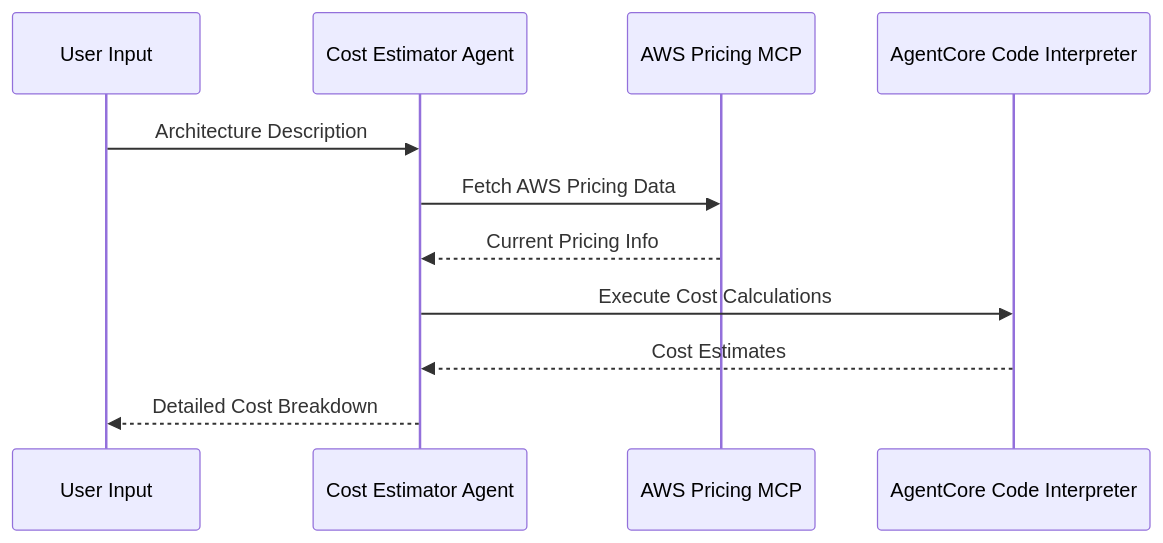
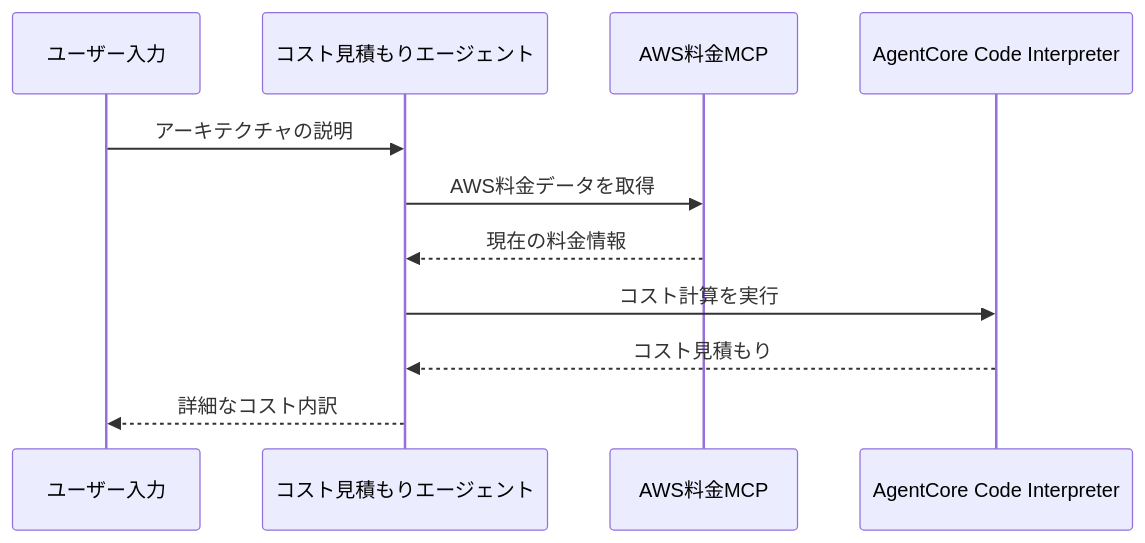
One commit to tetsuo-nobe/sample-amazon-bedrock-agentcore-jp changed the diagram in 01_code_interpreter/README.md. Above: the diagram before and after it, drawn with Mermaid. The commit also changed other lines of this file and 17 other files, not shown here.

````diff
--- a/01_code_interpreter/README.md
+++ b/01_code_interpreter/README.md
@@ -9,14 +9,14 @@
 ```mermaid
 sequenceDiagram
-    participant User as User Input
-    participant Agent as Cost Estimator Agent
-    participant MCP as AWS Pricing MCP
+    participant User as ユーザー入力
+    participant Agent as コスト見積もりエージェント
+    participant MCP as AWS料金MCP
     participant CodeInt as AgentCore Code Interpreter
 
-    User->>Agent: Architecture Description
-    Agent->>MCP: Fetch AWS Pricing Data
-    MCP-->>Agent: Current Pricing Info
-    Agent->>CodeInt: Execute Cost Calculations
-    CodeInt-->>Agent: Cost Estimates
-    Agent-->>User: Detailed Cost Breakdown
+    User->>Agent: アーキテクチャの説明
+    Agent->>MCP: AWS料金データを取得
+    MCP-->>Agent: 現在の料金情報
+    Agent->>CodeInt: コスト計算を実行
+    CodeInt-->>Agent: コスト見積もり
+    Agent-->>User: 詳細なコスト内訳
 ```
````
